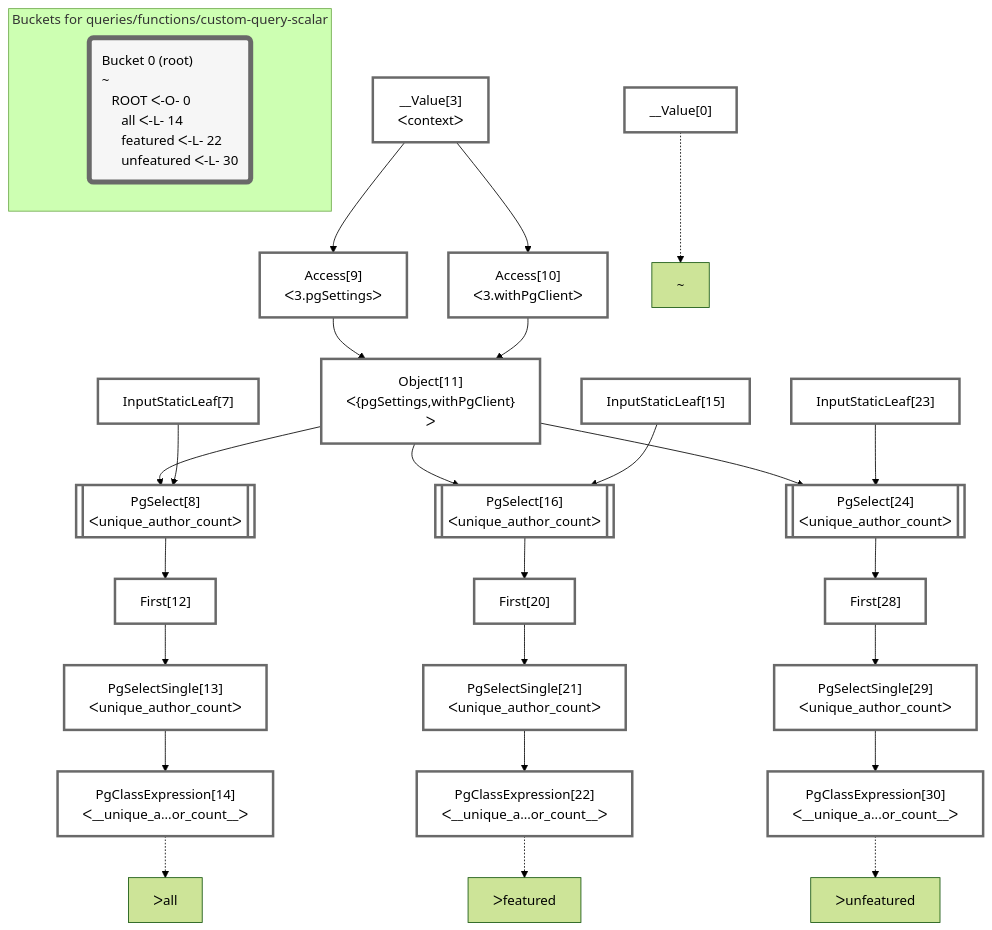
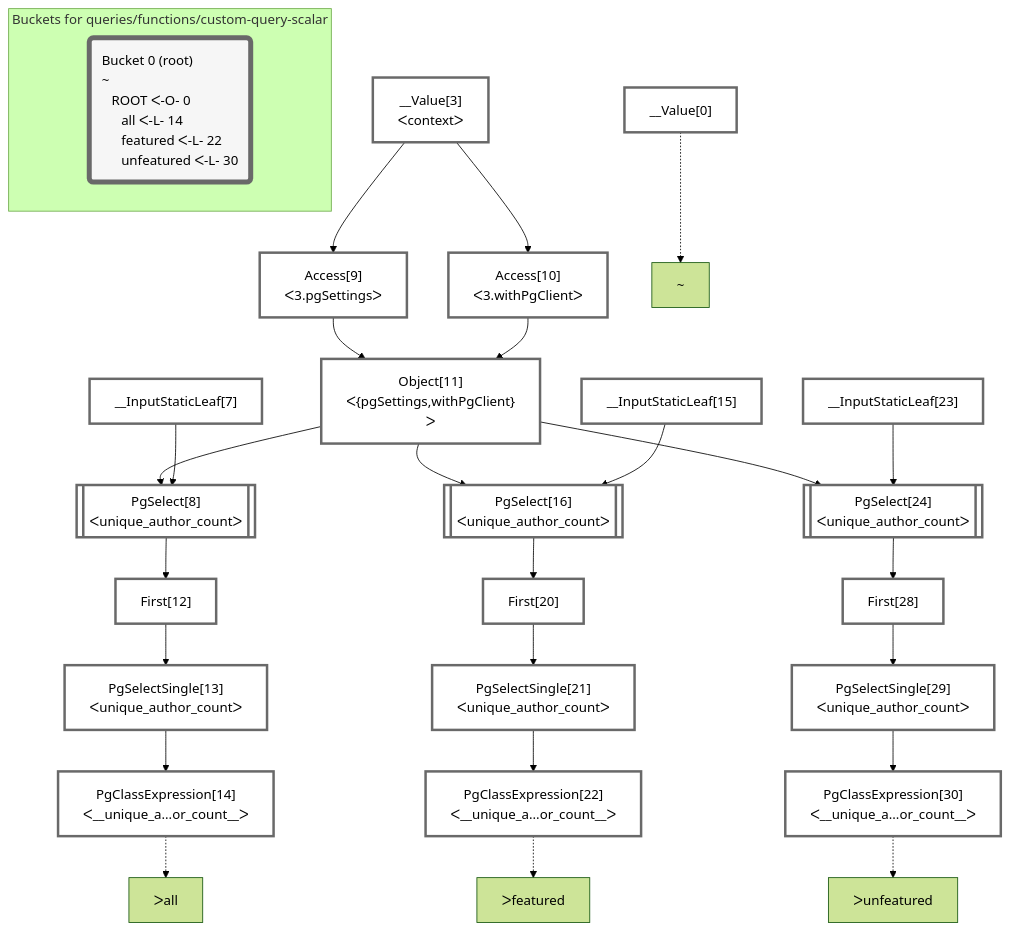
The diagram in packages/dataplan-pg/__tests__/queries/functions/custom-query-scalar.deopt.mermaid.md (graphile/crystal), drawn with Mermaid (forest theme) before and after one commit. The commit also changed 79 other files, not shown here.

````diff
--- a/packages/dataplan-pg/__tests__/queries/functions/custom-query-scalar.deopt.mermaid.md
+++ b/packages/dataplan-pg/__tests__/queries/functions/custom-query-scalar.deopt.mermaid.md
@@ -1,64 +1,64 @@
 ```mermaid
 graph TD
     classDef path fill:#eee,stroke:#000,color:#000
     classDef plan fill:#fff,stroke-width:3px,color:#000
     classDef itemplan fill:#fff,stroke-width:6px,color:#000
     classDef sideeffectplan fill:#f00,stroke-width:6px,color:#000
     classDef bucket fill:#f6f6f6,color:#000,stroke-width:6px,text-align:left
 
 
     %% define plans
     __Value0["__Value[0]"]:::plan
     PgClassExpression14["PgClassExpression[14]<br />ᐸ__unique_a...or_count__ᐳ"]:::plan
     PgSelectSingle13["PgSelectSingle[13]<br />ᐸunique_author_countᐳ"]:::plan
     First12["First[12]"]:::plan
     PgSelect8[["PgSelect[8]<br />ᐸunique_author_countᐳ"]]:::plan
     PgClassExpression22["PgClassExpression[22]<br />ᐸ__unique_a...or_count__ᐳ"]:::plan
     PgSelectSingle21["PgSelectSingle[21]<br />ᐸunique_author_countᐳ"]:::plan
     First20["First[20]"]:::plan
     PgSelect16[["PgSelect[16]<br />ᐸunique_author_countᐳ"]]:::plan
     PgClassExpression30["PgClassExpression[30]<br />ᐸ__unique_a...or_count__ᐳ"]:::plan
     PgSelectSingle29["PgSelectSingle[29]<br />ᐸunique_author_countᐳ"]:::plan
     First28["First[28]"]:::plan
     PgSelect24[["PgSelect[24]<br />ᐸunique_author_countᐳ"]]:::plan
     Object11["Object[11]<br />ᐸ{pgSettings,withPgClient}ᐳ"]:::plan
     Access9["Access[9]<br />ᐸ3.pgSettingsᐳ"]:::plan
     Access10["Access[10]<br />ᐸ3.withPgClientᐳ"]:::plan
     __Value3["__Value[3]<br />ᐸcontextᐳ"]:::plan
-    InputStaticLeaf7["InputStaticLeaf[7]"]:::plan
-    InputStaticLeaf15["InputStaticLeaf[15]"]:::plan
-    InputStaticLeaf23["InputStaticLeaf[23]"]:::plan
+    __InputStaticLeaf7["__InputStaticLeaf[7]"]:::plan
+    __InputStaticLeaf15["__InputStaticLeaf[15]"]:::plan
+    __InputStaticLeaf23["__InputStaticLeaf[23]"]:::plan
 
     %% plan dependencies
     PgSelectSingle13 --> PgClassExpression14
     First12 --> PgSelectSingle13
     PgSelect8 --> First12
-    Object11 & InputStaticLeaf7 --> PgSelect8
+    Object11 & __InputStaticLeaf7 --> PgSelect8
     PgSelectSingle21 --> PgClassExpression22
     First20 --> PgSelectSingle21
     PgSelect16 --> First20
-    Object11 & InputStaticLeaf15 --> PgSelect16
+    Object11 & __InputStaticLeaf15 --> PgSelect16
     PgSelectSingle29 --> PgClassExpression30
     First28 --> PgSelectSingle29
     PgSelect24 --> First28
-    Object11 & InputStaticLeaf23 --> PgSelect24
+    Object11 & __InputStaticLeaf23 --> PgSelect24
     Access9 & Access10 --> Object11
     __Value3 --> Access9
     __Value3 --> Access10
 
     %% plan-to-path relationships
     P0["~"]
     __Value0 -.-> P0
     P14["ᐳall"]
     PgClassExpression14 -.-> P14
     P22["ᐳfeatured"]
     PgClassExpression22 -.-> P22
     P30["ᐳunfeatured"]
     PgClassExpression30 -.-> P30
 
     subgraph "Buckets for queries/functions/custom-query-scalar"
     Bucket0("Bucket 0 (root)<br />~<br />⠀ROOT ᐸ-O- 0<br />⠀⠀all ᐸ-L- 14<br />⠀⠀featured ᐸ-L- 22<br />⠀⠀unfeatured ᐸ-L- 30"):::bucket
     classDef bucket0 stroke:#696969
-    class Bucket0,__Value0,__Value3,InputStaticLeaf7,PgSelect8,Access9,Access10,Object11,First12,PgSelectSingle13,PgClassExpression14,InputStaticLeaf15,PgSelect16,First20,PgSelectSingle21,PgClassExpression22,InputStaticLeaf23,PgSelect24,First28,PgSelectSingle29,PgClassExpression30 bucket0
+    class Bucket0,__Value0,__Value3,__InputStaticLeaf7,PgSelect8,Access9,Access10,Object11,First12,PgSelectSingle13,PgClassExpression14,__InputStaticLeaf15,PgSelect16,First20,PgSelectSingle21,PgClassExpression22,__InputStaticLeaf23,PgSelect24,First28,PgSelectSingle29,PgClassExpression30 bucket0
     end
 ```
````
